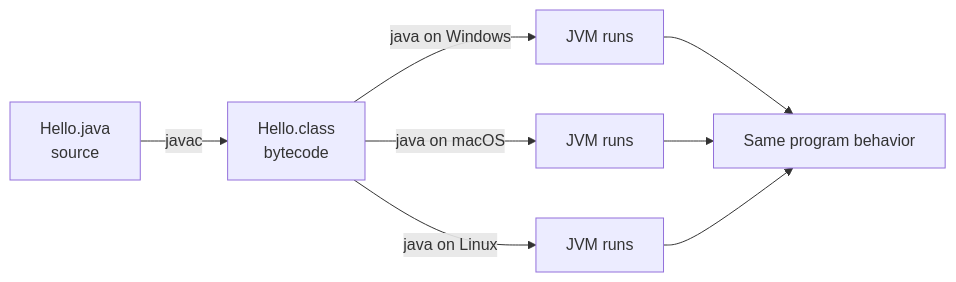
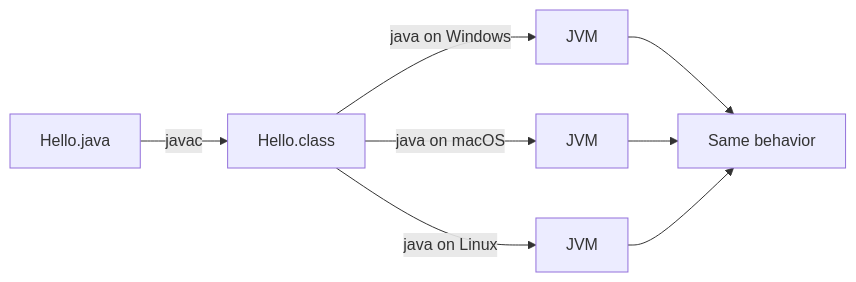
The diagram in labs/Week 1 - Java and JVM Foundations/module-01/exercises/exercise-02-wora.md (Innovation-In-Software/bc-sw-engineer-java-participant), drawn with Mermaid before and after one commit. The commit also changed other lines of this file and 406 other files, not shown here.

````diff
--- a/labs/Week 1 - Java and JVM Foundations/module-01/exercises/exercise-02-wora.md
+++ b/labs/Week 1 - Java and JVM Foundations/module-01/exercises/exercise-02-wora.md
@@ -22,10 +34,10 @@
 ```mermaid
 flowchart LR
-    S["Hello.java<br/>source"] -->|javac| C["Hello.class<br/>bytecode"]
-    C -->|java on Windows| W["JVM runs"]
-    C -->|java on macOS| M["JVM runs"]
-    C -->|java on Linux| L["JVM runs"]
-    W --> O["Same program behavior"]
+    S["Hello.java"] -->|javac| C["Hello.class"]
+    C -->|java on Windows| W["JVM"]
+    C -->|java on macOS| M["JVM"]
+    C -->|java on Linux| L["JVM"]
+    W --> O["Same behavior"]
     M --> O
     L --> O
 ```
````
